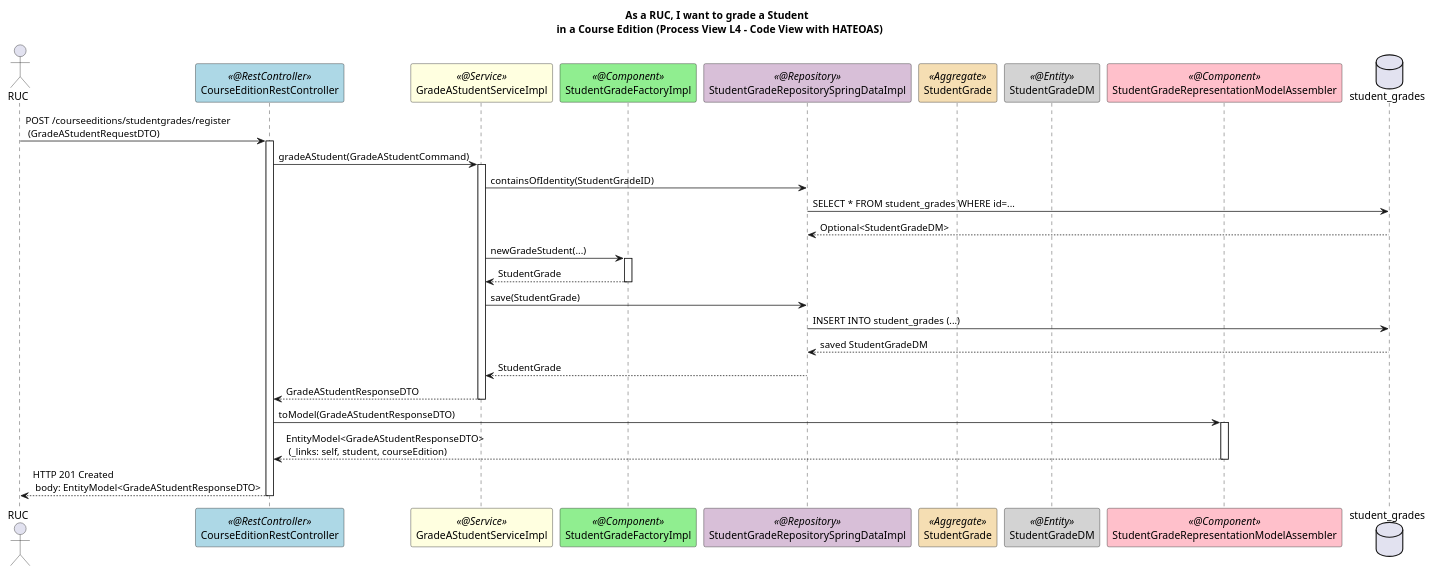
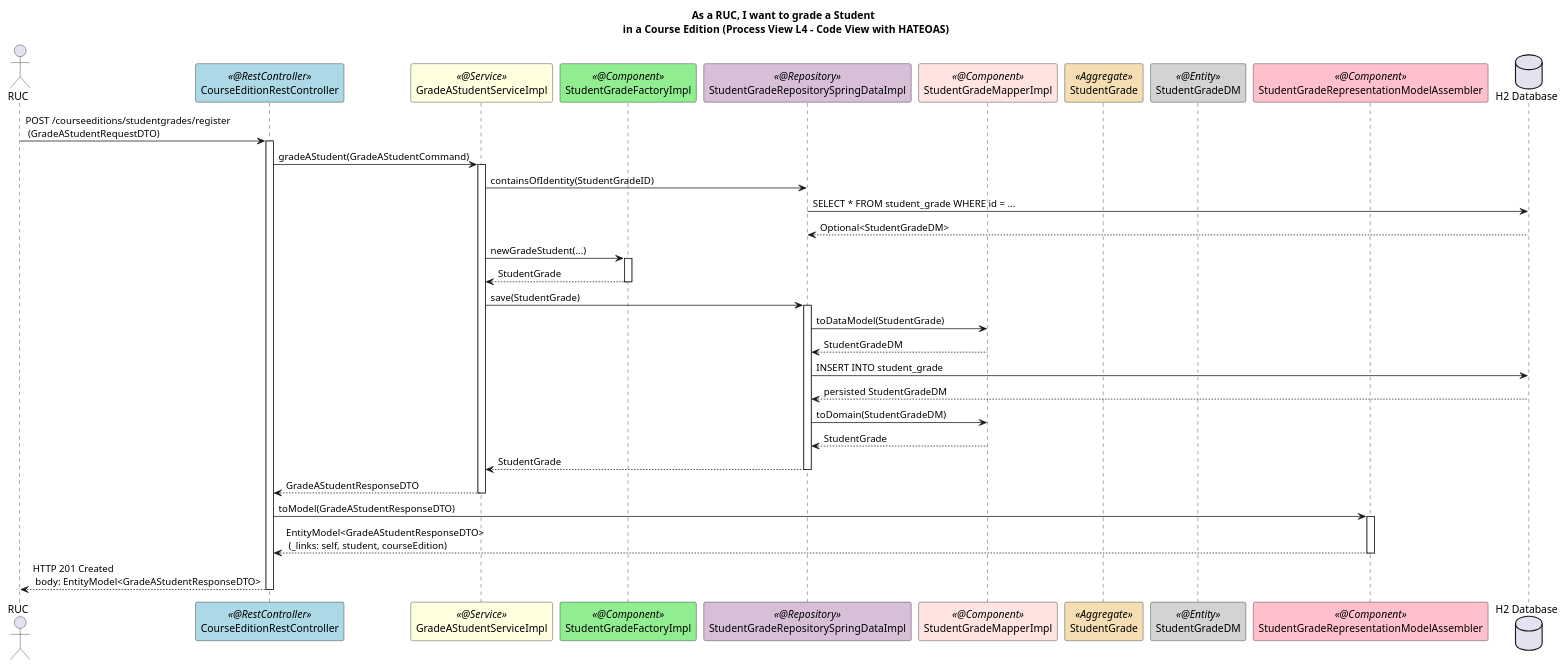
One commit to GasparISEP/DevOps-PAI changed the diagram in docs/US22/Sprint7/ProcessView/Level4.puml. Above: the diagram before and after it, drawn with PlantUML.

Commit message:
Update ProcessView Level 4 diagram for HATEOAS in Grade a Student (Issue #685)

```diff
--- a/docs/US22/Sprint7/ProcessView/Level4.puml
+++ b/docs/US22/Sprint7/ProcessView/Level4.puml
@@ -1,46 +1,56 @@
 @startuml
 title As a RUC, I want to grade a Student \n in a Course Edition (Process View L4 – Code View with HATEOAS)
 
 actor RUC
 
 participant "CourseEditionRestController" as controller <<@RestController>> #lightblue
 participant "GradeAStudentServiceImpl" as service <<@Service>> #lightyellow
 participant "StudentGradeFactoryImpl" as factory <<@Component>> #lightgreen
 participant "StudentGradeRepositorySpringDataImpl" as repoAdapter <<@Repository>> #thistle
+participant "StudentGradeMapperImpl" as mapper <<@Component>> #mistyrose
 participant "StudentGrade" as domain <<Aggregate>> #wheat
 participant "StudentGradeDM" as dataModel <<@Entity>> #lightgray
 participant "StudentGradeRepresentationModelAssembler" as assembler <<@Component>> #pink
-database "student_grades" as db
+database "H2 Database" as db
 
 RUC -> controller : POST /courseeditions/studentgrades/register \n (GradeAStudentRequestDTO)
 activate controller
 
 controller -> service : gradeAStudent(GradeAStudentCommand)
 activate service
 
 service -> repoAdapter : containsOfIdentity(StudentGradeID)
-repoAdapter -> db : SELECT * FROM student_grades WHERE id=...
+repoAdapter -> db : SELECT * FROM student_grade WHERE id = ...
 db --> repoAdapter : Optional<StudentGradeDM>
 
 service -> factory : newGradeStudent(...)
 activate factory
 factory --> service : StudentGrade
 deactivate factory
 
 service -> repoAdapter : save(StudentGrade)
-repoAdapter -> db : INSERT INTO student_grades (...)
-db --> repoAdapter : saved StudentGradeDM
+activate repoAdapter
+
+repoAdapter -> mapper : toDataModel(StudentGrade)
+mapper --> repoAdapter : StudentGradeDM
+
+repoAdapter -> db : INSERT INTO student_grade
+db --> repoAdapter : persisted StudentGradeDM
+
+repoAdapter -> mapper : toDomain(StudentGradeDM)
+mapper --> repoAdapter : StudentGrade
+
 repoAdapter --> service : StudentGrade
 deactivate repoAdapter
 
 service --> controller : GradeAStudentResponseDTO
 deactivate service
 
 controller -> assembler : toModel(GradeAStudentResponseDTO)
 activate assembler
 assembler --> controller : EntityModel<GradeAStudentResponseDTO> \n (_links: self, student, courseEdition)
 deactivate assembler
 
 controller --> RUC : HTTP 201 Created \n body: EntityModel<GradeAStudentResponseDTO>
 deactivate controller
 @enduml
```
